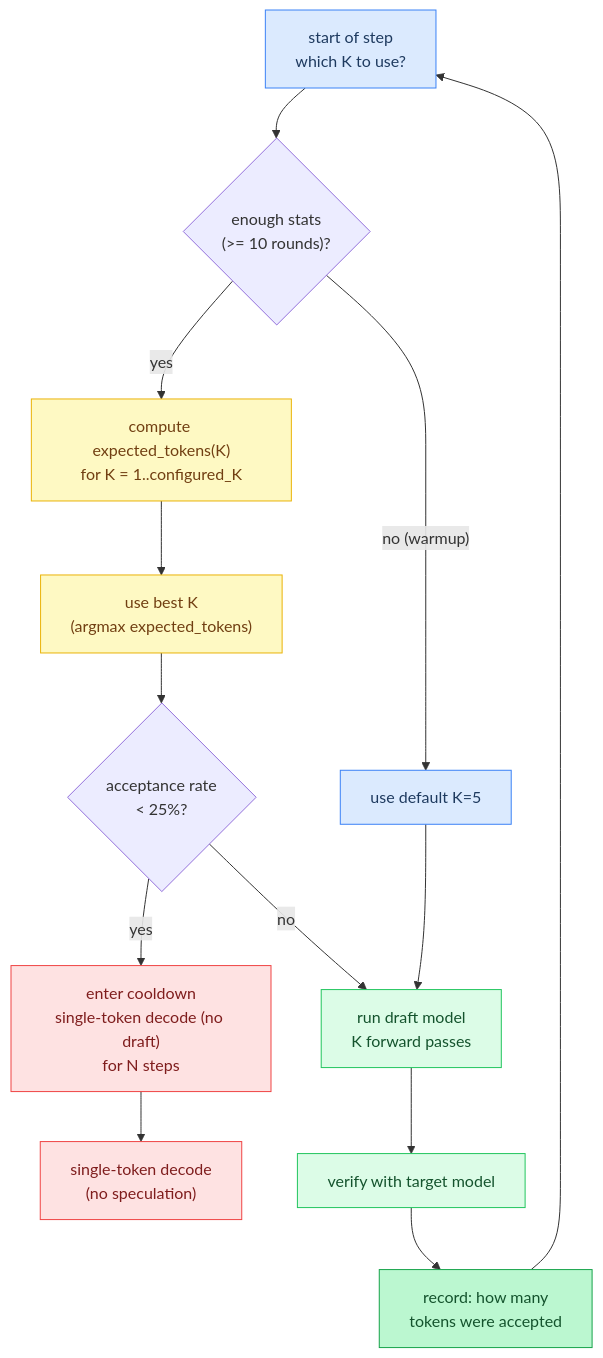
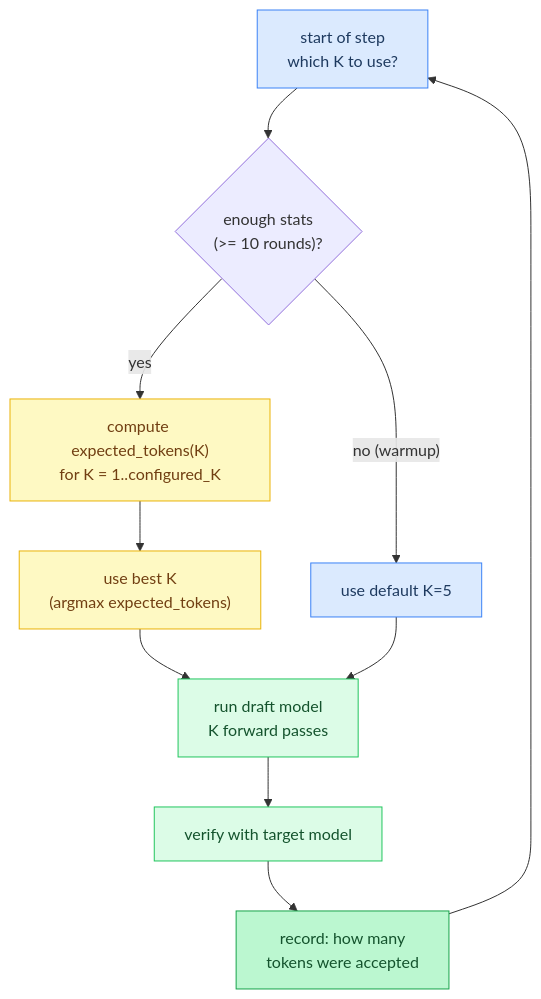
Before and after one commit to maci0/agave: the eighth of 11 diagrams in docs/tutorial/17-speculative-decoding.md, drawn with Mermaid. The commit also changed other lines of this file and 8 other files, not shown here.

````diff
--- a/docs/tutorial/17-speculative-decoding.md
+++ b/docs/tutorial/17-speculative-decoding.md
@@ -506,32 +506,27 @@
 ```mermaid
 flowchart TD
     classDef setup     fill:#dbeafe,stroke:#3b82f6,color:#1e3a5f
     classDef sync      fill:#dcfce7,stroke:#22c55e,color:#14532d
     classDef migration fill:#fef9c3,stroke:#eab308,color:#713f12
     classDef success   fill:#bbf7d0,stroke:#16a34a,color:#14532d
     classDef danger    fill:#fee2e2,stroke:#ef4444,color:#7f1d1d
     classDef optional  fill:#f3e8ff,stroke:#9333ea,color:#581c87
 
     Start["start of step\nwhich K to use?"]:::setup
     DefaultK["use default K=5"]:::setup
     Compute["compute expected_tokens(K)\nfor K = 1..configured_K"]:::migration
     BestK["use best K\n(argmax expected_tokens)"]:::migration
-    Cooldown["enter cooldown\nsingle-token decode (no draft)\nfor N steps"]:::danger
     Draft["run draft model\nK forward passes"]:::sync
-    SingleDecode["single-token decode\n(no speculation)"]:::danger
     Verify["verify with target model"]:::sync
     RecordStats["record: how many\ntokens were accepted"]:::success
 
     Start --> Check{"enough stats\n(>= 10 rounds)?"}
     Check -- "no (warmup)" --> DefaultK
     Check -- "yes" --> Compute
     Compute --> BestK
-    BestK --> LowAccept{"acceptance rate\n< 25%?"}
-    LowAccept -- "yes" --> Cooldown
-    LowAccept -- "no" --> Draft
+    BestK --> Draft
     DefaultK --> Draft
-    Cooldown --> SingleDecode
     Draft --> Verify
     Verify --> RecordStats
     RecordStats --> Start
 ```
````
